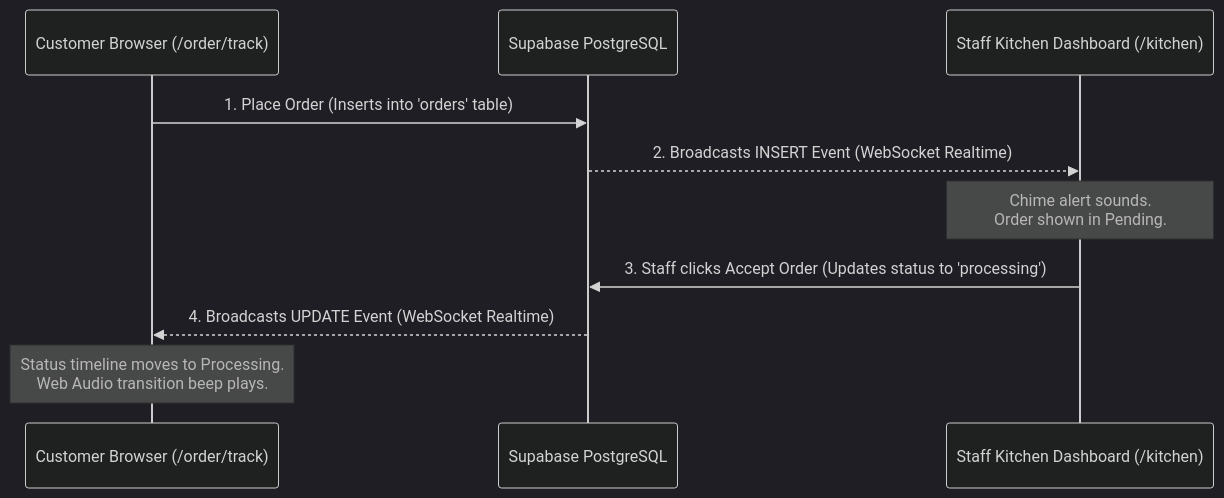
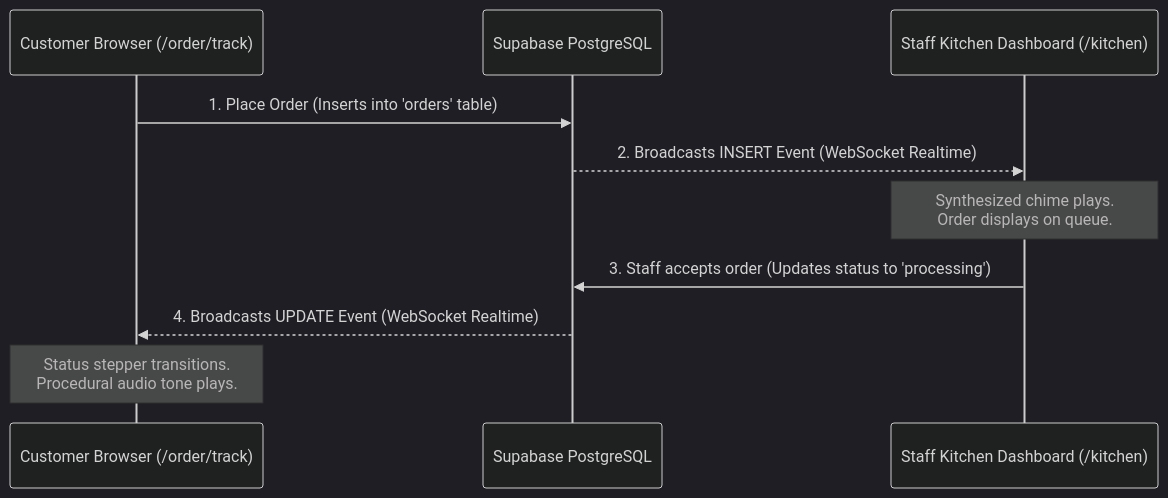
The second of 2 diagrams in README.md (Huzaifa-Siddique/oasis-royale), drawn with Mermaid (dark theme) before and after one commit. The commit also changed other lines of this file, not shown here.

````diff
--- a/README.md
+++ b/README.md
@@ -75,13 +46,13 @@
 ```mermaid
 sequenceDiagram
     participant Customer as Customer Browser (/order/track)
     participant DB as Supabase PostgreSQL
     participant Staff as Staff Kitchen Dashboard (/kitchen)
     
     Customer->>DB: 1. Place Order (Inserts into 'orders' table)
     DB-->>Staff: 2. Broadcasts INSERT Event (WebSocket Realtime)
-    Note over Staff: Chime alert sounds.<br/>Order shown in Pending.
-    Staff->>DB: 3. Staff clicks Accept Order (Updates status to 'processing')
+    Note over Staff: Synthesized chime plays.<br/>Order displays on queue.
+    Staff->>DB: 3. Staff accepts order (Updates status to 'processing')
     DB-->>Customer: 4. Broadcasts UPDATE Event (WebSocket Realtime)
-    Note over Customer: Status timeline moves to Processing.<br/>Web Audio transition beep plays.
+    Note over Customer: Status stepper transitions.<br/>Procedural audio tone plays.
 ```
````
